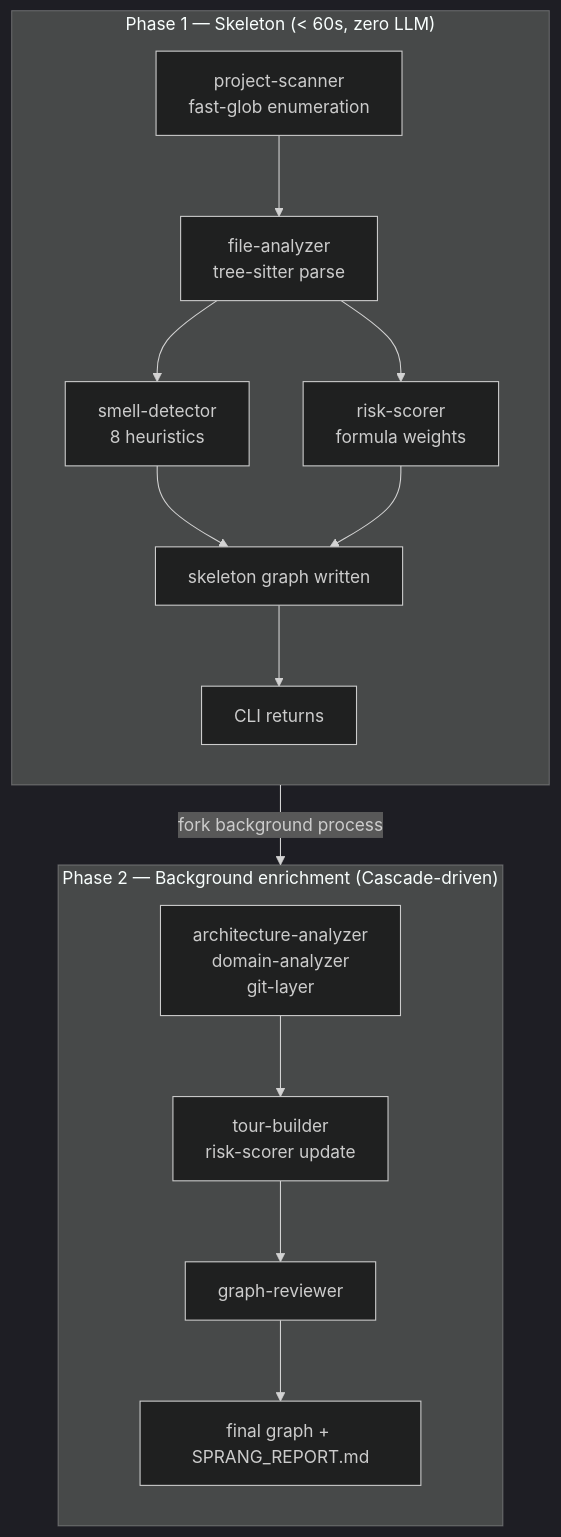
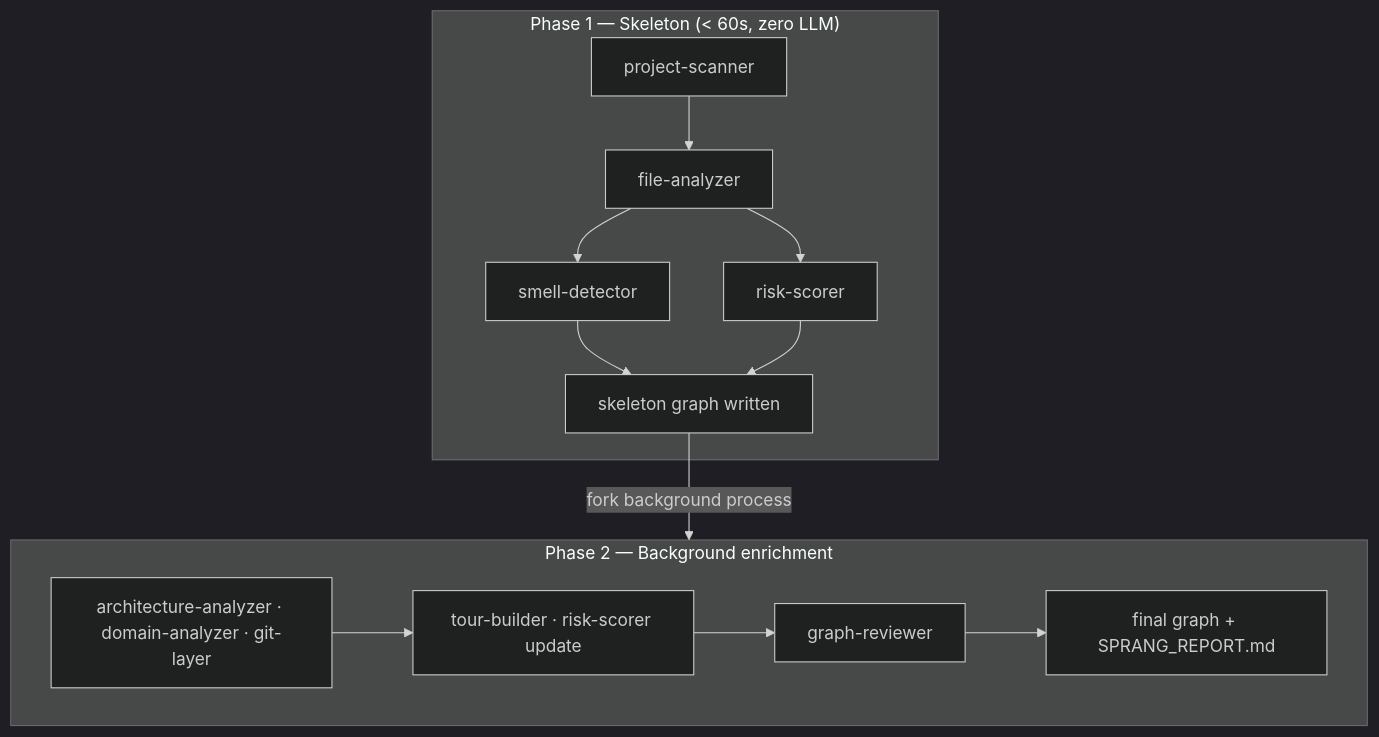
The second of 3 diagrams in README.md (FavioVazquez/sprang), drawn with Mermaid (dark theme) before and after one commit. The commit also changed other lines of this file and 9 other files, not shown here.

````diff
--- a/README.md
+++ b/README.md
@@ -296,21 +298,16 @@
 ```mermaid
 flowchart TB
     subgraph Phase1 ["Phase 1 — Skeleton (< 60s, zero LLM)"]
-        direction TB
-        PS[project-scanner<br/>fast-glob enumeration] --> FA[file-analyzer<br/>tree-sitter parse]
-        FA --> SD[smell-detector<br/>8 heuristics]
-        FA --> RS[risk-scorer<br/>formula weights]
+        PS[project-scanner] --> FA[file-analyzer]
+        FA --> SD[smell-detector]
+        FA --> RS[risk-scorer]
         SD --> SG[skeleton graph written]
         RS --> SG
-        SG --> RET[CLI returns]
     end
-
-    subgraph Phase2 ["Phase 2 — Background enrichment (Cascade-driven)"]
-        direction TB
-        G1[architecture-analyzer<br/>domain-analyzer<br/>git-layer] --> G2
-        G2[tour-builder<br/>risk-scorer update] --> GR[graph-reviewer]
+    subgraph Phase2 ["Phase 2 — Background enrichment"]
+        G1[architecture-analyzer · domain-analyzer · git-layer] --> G2
+        G2[tour-builder · risk-scorer update] --> GR[graph-reviewer]
         GR --> FG[final graph + SPRANG_REPORT.md]
     end
-
-    SG --> |"fork background process"| Phase2
+    SG -->|"fork background process"| Phase2
 ```
````
